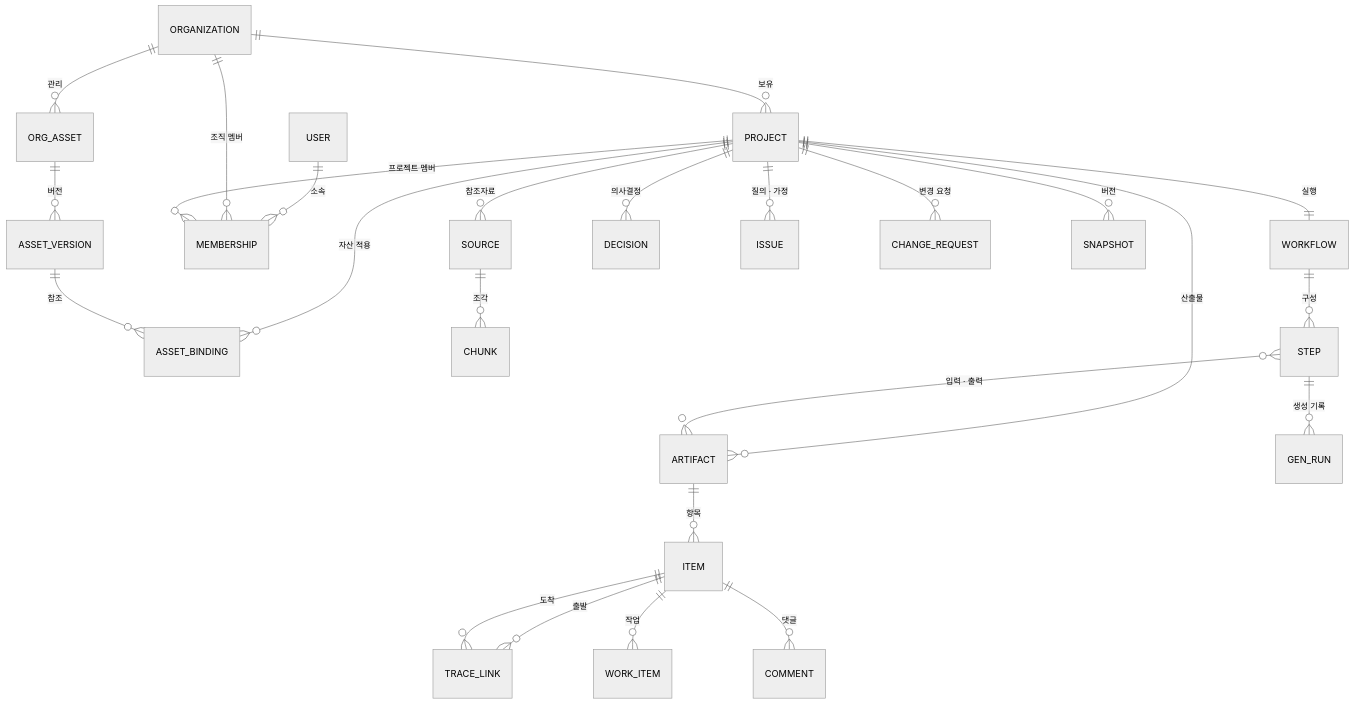
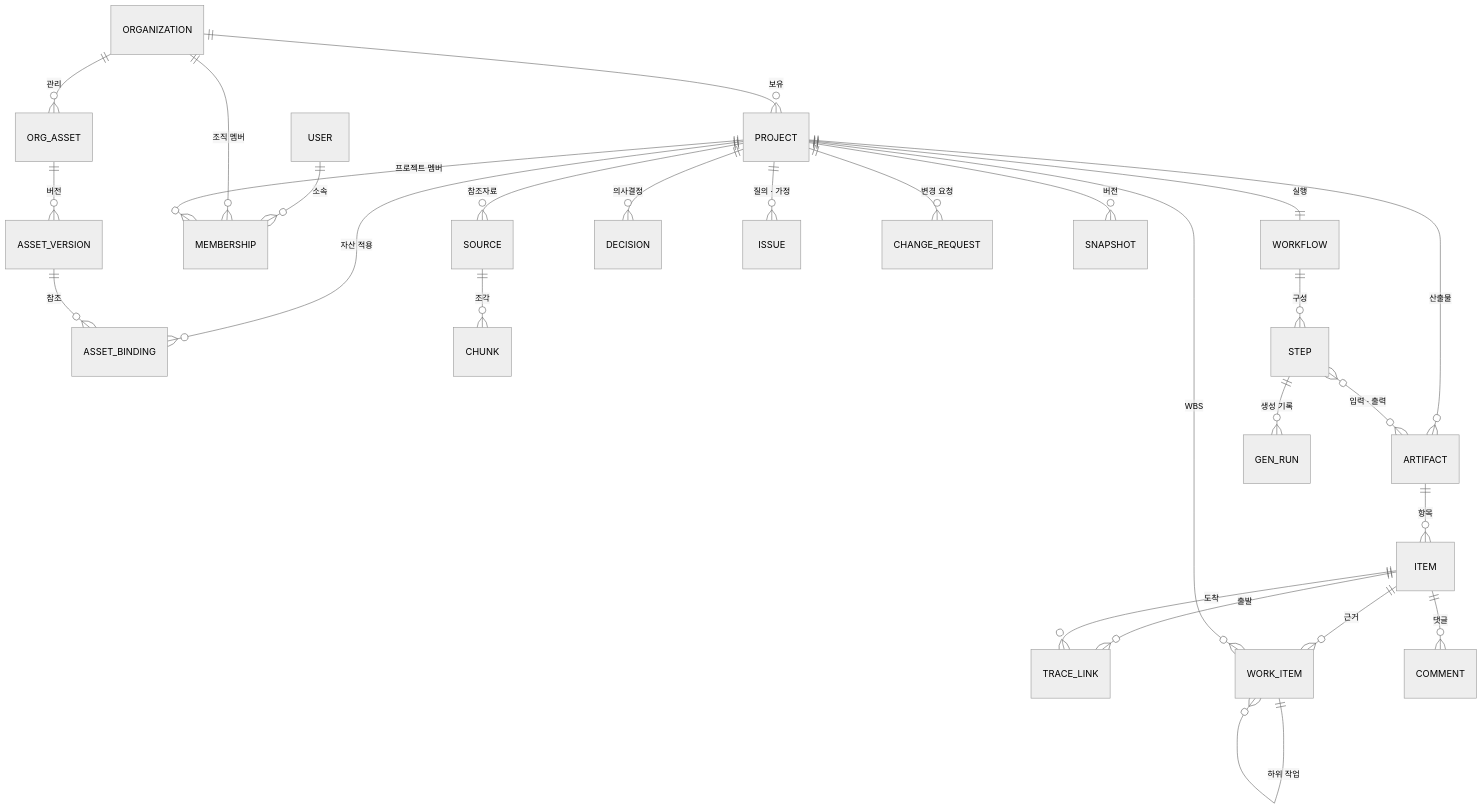
Before and after one commit to ByeongJooSung/planning: the fifth of 5 diagrams in docs/PRD.md, drawn with Mermaid (neutral theme). The commit also changed other lines of this file, not shown here.

First line of the commit message:
PRD v1.1: 공공 SI 우선 · 전 공정 WBS 공정 자동화 반영

````diff
--- a/docs/PRD.md
+++ b/docs/PRD.md
@@ -1021,27 +1115,29 @@
 ```mermaid
 erDiagram
   ORGANIZATION ||--o{ PROJECT : "보유"
   ORGANIZATION ||--o{ ORG_ASSET : "관리"
   ORG_ASSET ||--o{ ASSET_VERSION : "버전"
   PROJECT ||--o{ ASSET_BINDING : "자산 적용"
   ASSET_VERSION ||--o{ ASSET_BINDING : "참조"
   USER ||--o{ MEMBERSHIP : "소속"
   ORGANIZATION ||--o{ MEMBERSHIP : "조직 멤버"
   PROJECT ||--o{ MEMBERSHIP : "프로젝트 멤버"
   PROJECT ||--o{ SOURCE : "참조자료"
   SOURCE ||--o{ CHUNK : "조각"
   PROJECT ||--|| WORKFLOW : "실행"
   WORKFLOW ||--o{ STEP : "구성"
   PROJECT ||--o{ ARTIFACT : "산출물"
   STEP }o--o{ ARTIFACT : "입력 · 출력"
   ARTIFACT ||--o{ ITEM : "항목"
   ITEM ||--o{ TRACE_LINK : "출발"
   ITEM ||--o{ TRACE_LINK : "도착"
-  ITEM ||--o{ WORK_ITEM : "작업"
+  ITEM ||--o{ WORK_ITEM : "근거"
+  PROJECT ||--o{ WORK_ITEM : "WBS"
+  WORK_ITEM ||--o{ WORK_ITEM : "하위 작업"
   PROJECT ||--o{ DECISION : "의사결정"
   PROJECT ||--o{ ISSUE : "질의 · 가정"
   PROJECT ||--o{ CHANGE_REQUEST : "변경 요청"
   PROJECT ||--o{ SNAPSHOT : "버전"
   STEP ||--o{ GEN_RUN : "생성 기록"
   ITEM ||--o{ COMMENT : "댓글"
 ```
````
